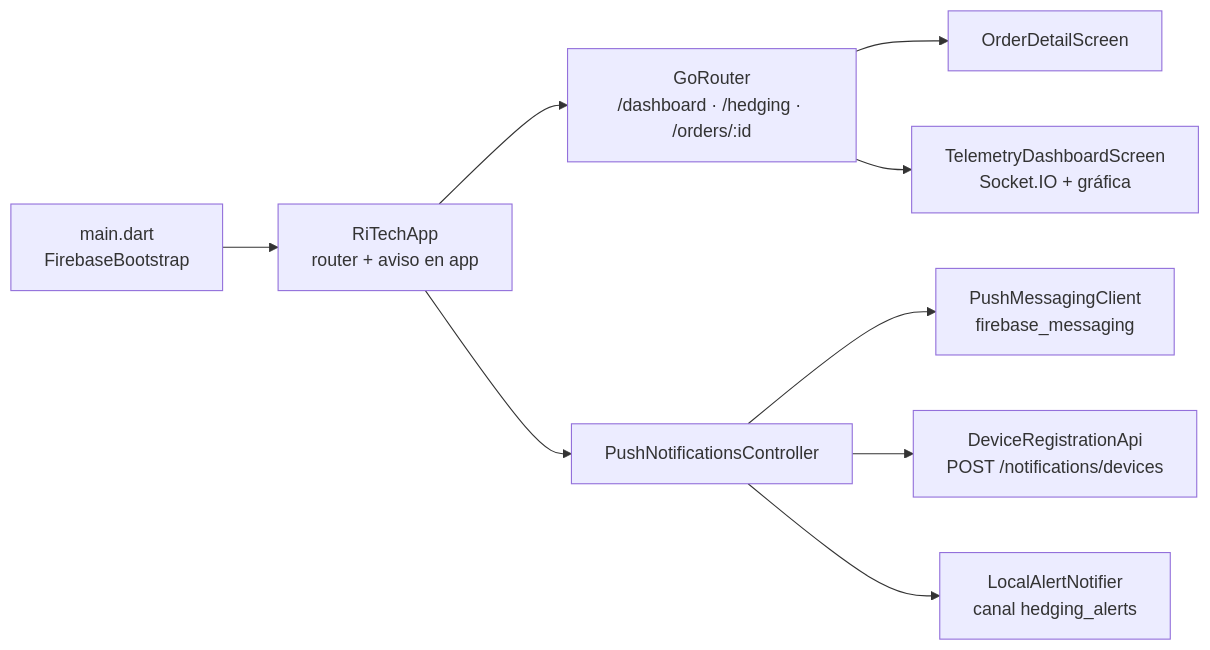
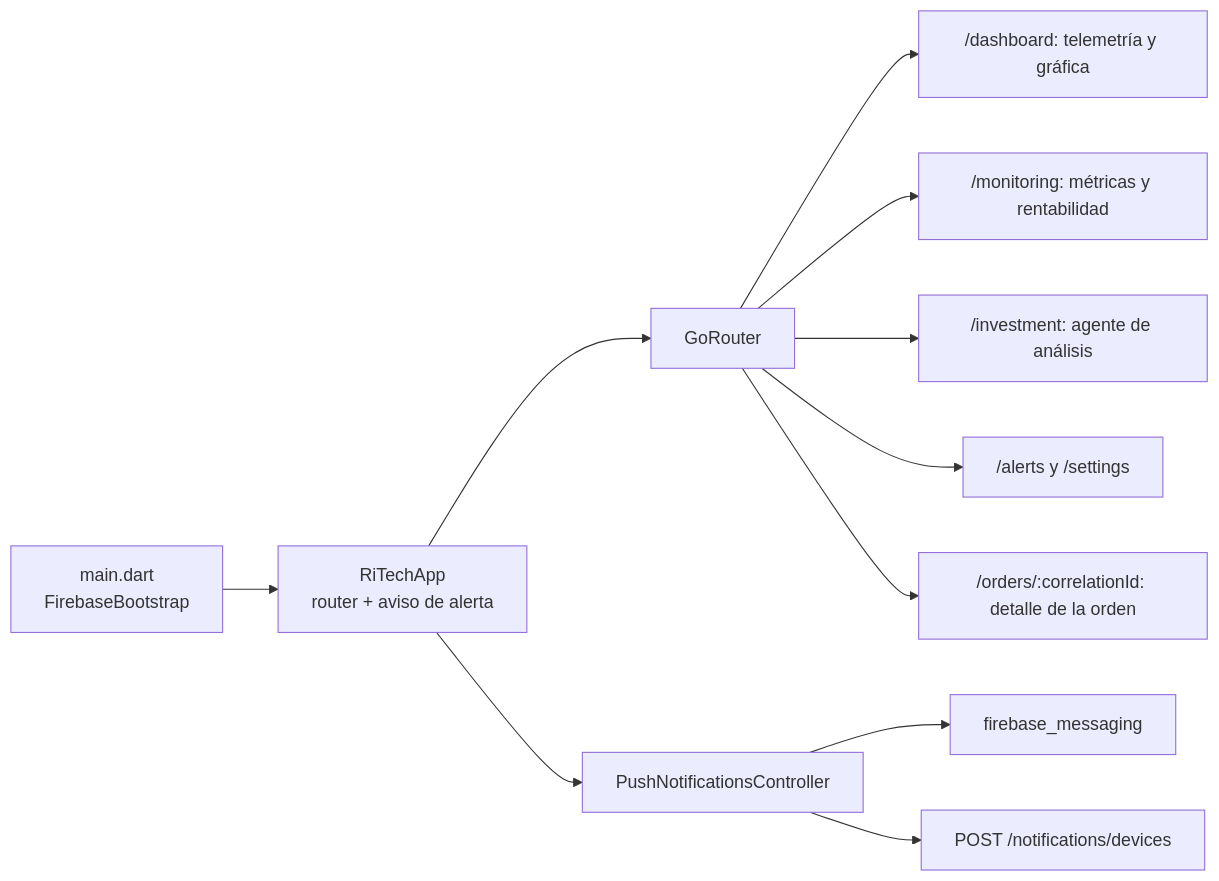
Before and after one commit to danrtx/RiTech-SAS: the fourth of 5 diagrams in docs/arquitectura.md, drawn with Mermaid. The commit also changed other lines of this file and 4 other files, not shown here.

````diff
--- a/docs/arquitectura.md
+++ b/docs/arquitectura.md
@@ -113,11 +155,13 @@
 ```mermaid
 flowchart LR
-  main[main.dart<br/>FirebaseBootstrap] --> app[RiTechApp<br/>router + aviso en app]
-  app --> router[GoRouter<br/>/dashboard · /hedging · /orders/:id]
+  main[main.dart<br/>FirebaseBootstrap] --> app[RiTechApp<br/>router + aviso de alerta]
+  app --> router[GoRouter]
+  router --> dash["/dashboard: telemetría y gráfica"]
+  router --> mon["/monitoring: métricas y rentabilidad"]
+  router --> inv["/investment: agente de análisis"]
+  router --> alerts["/alerts y /settings"]
+  router --> detail["/orders/:correlationId: detalle de la orden"]
   app --> pc[PushNotificationsController]
-  pc --> mc[PushMessagingClient<br/>firebase_messaging]
-  pc --> reg[DeviceRegistrationApi<br/>POST /notifications/devices]
-  pc --> ln[LocalAlertNotifier<br/>canal hedging_alerts]
-  router --> detail[OrderDetailScreen]
-  router --> dash[TelemetryDashboardScreen<br/>Socket.IO + gráfica]
+  pc --> mc[firebase_messaging]
+  pc --> reg[POST /notifications/devices]
 ```
````
